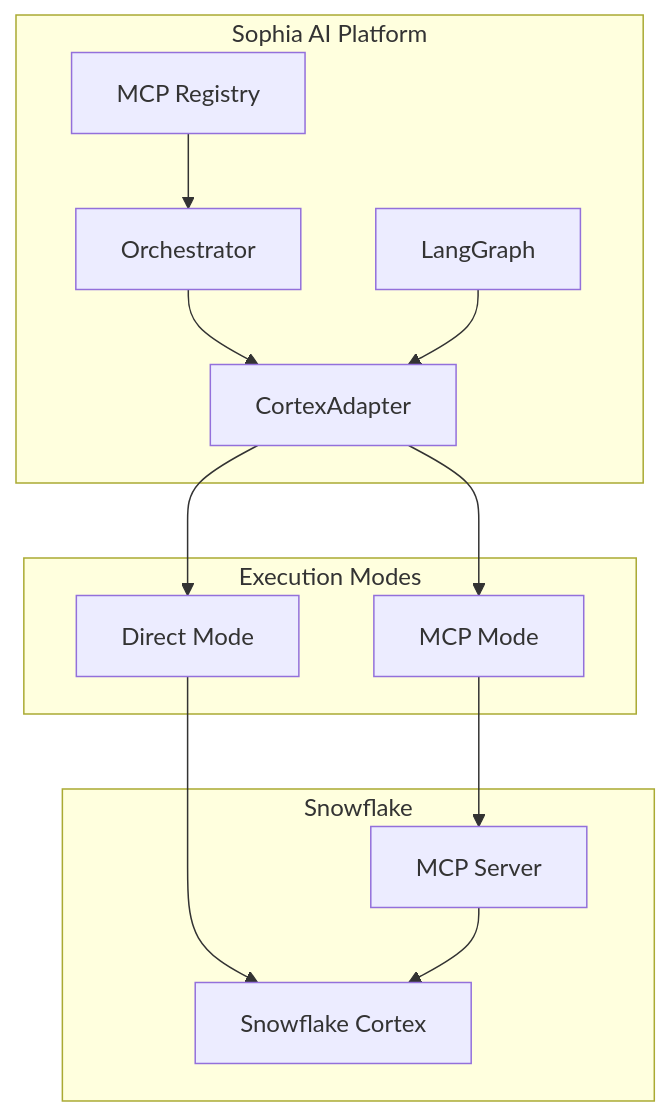
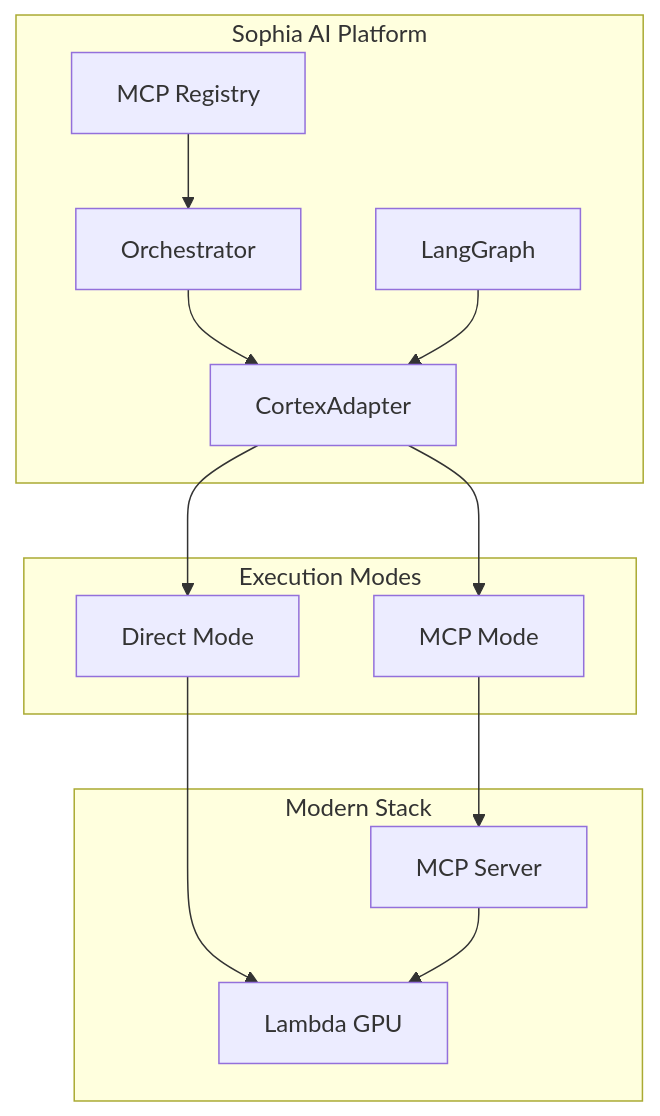
One commit to ai-cherry/sophia-strategic-development changed the diagram in docs/system_handbook/10_SNOWFLAKE_CORTEX_MCP_INTEGRATION.md. Above: the diagram before and after it, drawn with Mermaid. The commit also changed other lines of this file and 646 other files, not shown here.

````diff
--- a/docs/system_handbook/10_SNOWFLAKE_CORTEX_MCP_INTEGRATION.md
+++ b/docs/system_handbook/10_SNOWFLAKE_CORTEX_MCP_INTEGRATION.md
@@ -27,29 +27,29 @@
 ```mermaid
 graph TB
     subgraph "Sophia AI Platform"
         CA[CortexAdapter]
         MR[MCP Registry]
         OR[Orchestrator]
         LG[LangGraph]
     end
 
     subgraph "Execution Modes"
         DM[Direct Mode]
         MM[MCP Mode]
     end
 
-    subgraph "Snowflake"
-        SC[Snowflake Cortex]
+    subgraph "Modern Stack"
+        SC[Lambda GPU]
         MS[MCP Server]
     end
 
     CA --> DM
     CA --> MM
     DM --> SC
     MM --> MS
     MS --> SC
 
     MR --> OR
     OR --> CA
     LG --> CA
 ```
````
